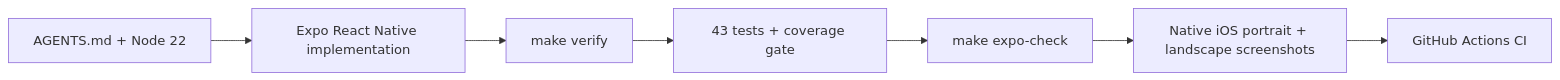
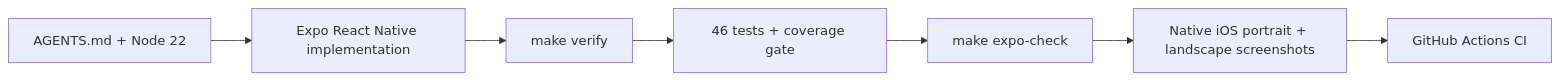
One commit to jnrahme/GameTimeTest changed the second of 2 diagrams in README.md. Above: the diagram before and after it, drawn with Mermaid. The commit also changed other lines of this file and 31 other files, not shown here.

````diff
--- a/README.md
+++ b/README.md
@@ -146,9 +146,9 @@
 ```mermaid
 flowchart LR
   Rules[AGENTS.md + Node 22] --> Build[Expo React Native implementation]
   Build --> Verify[make verify]
-  Verify --> Coverage[43 tests + coverage gate]
+  Verify --> Coverage[46 tests + coverage gate]
   Coverage --> ExpoCheck[make expo-check]
   ExpoCheck --> Screens[Native iOS portrait + landscape screenshots]
   Screens --> CI[GitHub Actions CI]
 ```
````
